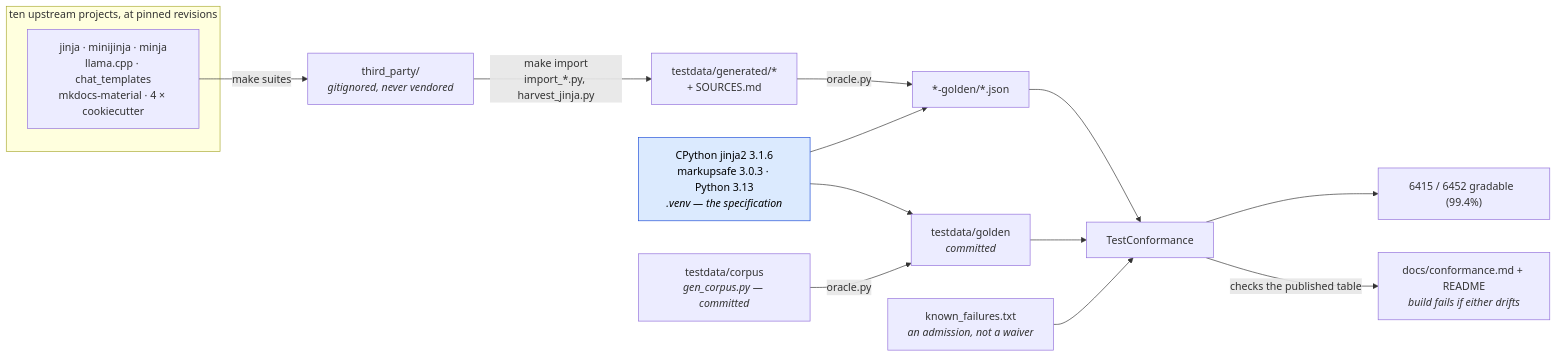
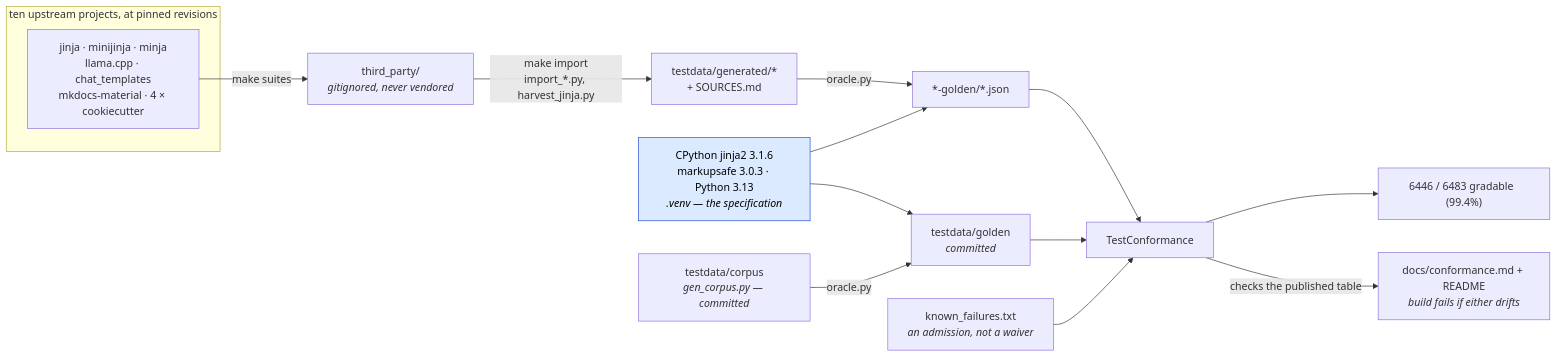
The first of 2 diagrams in docs/conformance.md (mgilbir/gojja2), drawn with Mermaid before and after one commit. The commit also changed other lines of this file and 77 other files, not shown here.

````diff
--- a/docs/conformance.md
+++ b/docs/conformance.md
@@ -17,24 +17,24 @@
 ```mermaid
 flowchart LR
     subgraph up["ten upstream projects, at pinned revisions"]
         U1["jinja · minijinja · minja<br/>llama.cpp · chat_templates<br/>mkdocs-material · 4 × cookiecutter"]
     end
     U1 -->|"make suites"| TP["third_party/<br/><i>gitignored, never vendored</i>"]
     TP -->|"make import<br/>import_*.py, harvest_jinja.py"| GEN["testdata/generated/*<br/>+ SOURCES.md"]
 
     ORA["CPython jinja2 3.1.6<br/>markupsafe 3.0.3 · Python 3.13<br/><i>.venv — the specification</i>"]
     GEN -->|"oracle.py"| G2["*-golden/*.json"]
     ORA --> G2
 
     OWN["testdata/corpus<br/><i>gen_corpus.py — committed</i>"] -->|"oracle.py"| G1["testdata/golden<br/><i>committed</i>"]
     ORA --> G1
 
     G1 --> TC["TestConformance"]
     G2 --> TC
     KF["known_failures.txt<br/><i>an admission, not a waiver</i>"] --> TC
-    TC --> RATE["6415 / 6452 gradable  (99.4%)"]
+    TC --> RATE["6446 / 6483 gradable  (99.4%)"]
     TC -->|"checks the published table"| RM["docs/conformance.md + README<br/><i>build fails if either drifts</i>"]
 
     classDef spec fill:#dbeafe,stroke:#1d4ed8,color:#000
     class ORA spec
 ```
````
